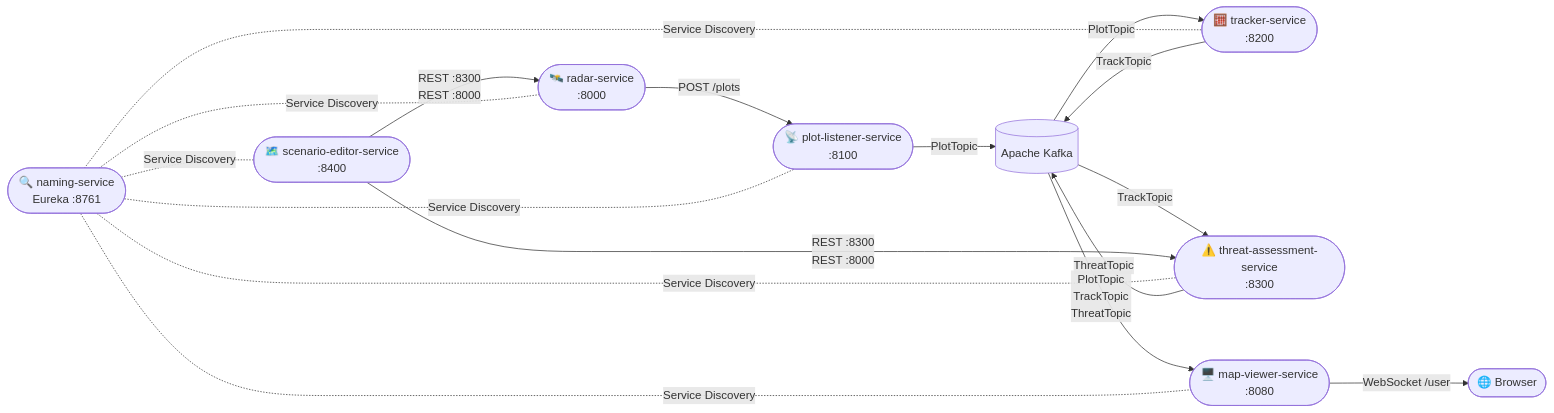
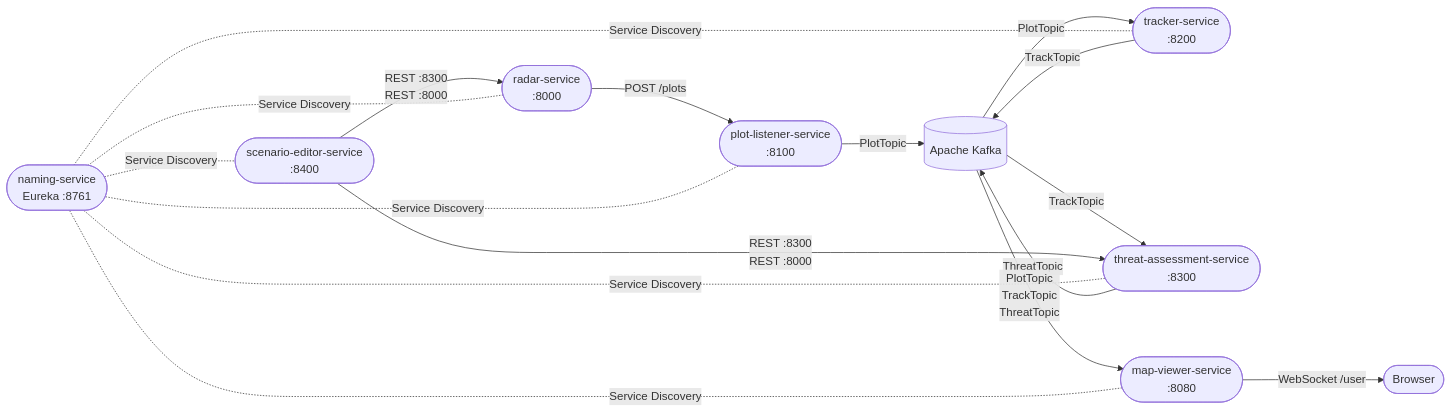
Before and after one commit to boraciner/radar-tracking-system: the diagram in README.md, drawn with Mermaid. The commit also changed other lines of this file, not shown here.

````diff
--- a/README.md
+++ b/README.md
@@ -28,23 +28,23 @@
 ```mermaid
 flowchart LR
-    RS([🛰️ radar-service\n:8000])
-    PL([📡 plot-listener-service\n:8100])
-    KF([🧮 tracker-service\n:8200])
-    TA([⚠️ threat-assessment-service\n:8300])
-    MV([🖥️ map-viewer-service\n:8080])
-    SE([🗺️ scenario-editor-service\n:8400])
-    EU([🔍 naming-service\nEureka :8761])
+    RS([ radar-service\n:8000])
+    PL([ plot-listener-service\n:8100])
+    KF([ tracker-service\n:8200])
+    TA([ threat-assessment-service\n:8300])
+    MV([ map-viewer-service\n:8080])
+    SE([ scenario-editor-service\n:8400])
+    EU([ naming-service\nEureka :8761])
     K[(Apache Kafka)]
-    BR([🌐 Browser])
+    BR([ Browser])
 
     RS -- "POST /plots" --> PL
     PL -- "PlotTopic" --> K
     K -- "PlotTopic" --> KF
     KF -- "TrackTopic" --> K
     K -- "TrackTopic" --> TA
     TA -- "ThreatTopic" --> K
     K -- "PlotTopic\nTrackTopic\nThreatTopic" --> MV
     MV -- "WebSocket /user" --> BR
     SE -- "REST :8300\nREST :8000" --> TA & RS
     EU -. "Service Discovery" .- RS & PL & KF & TA & MV & SE
 ```
````
